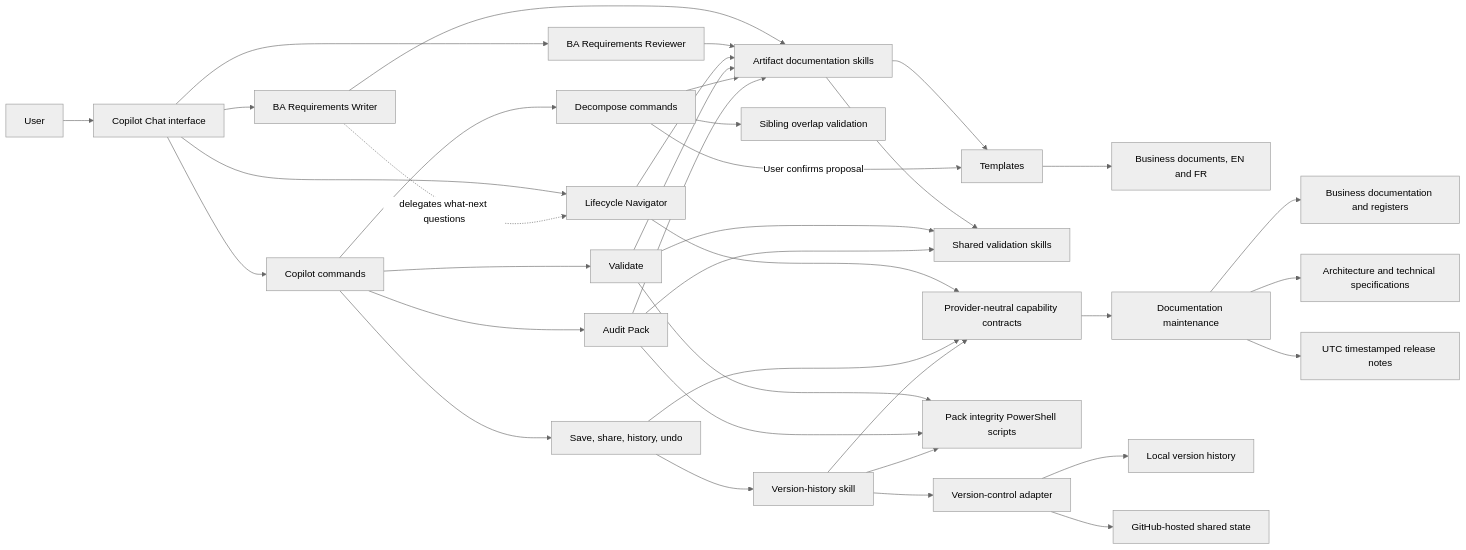
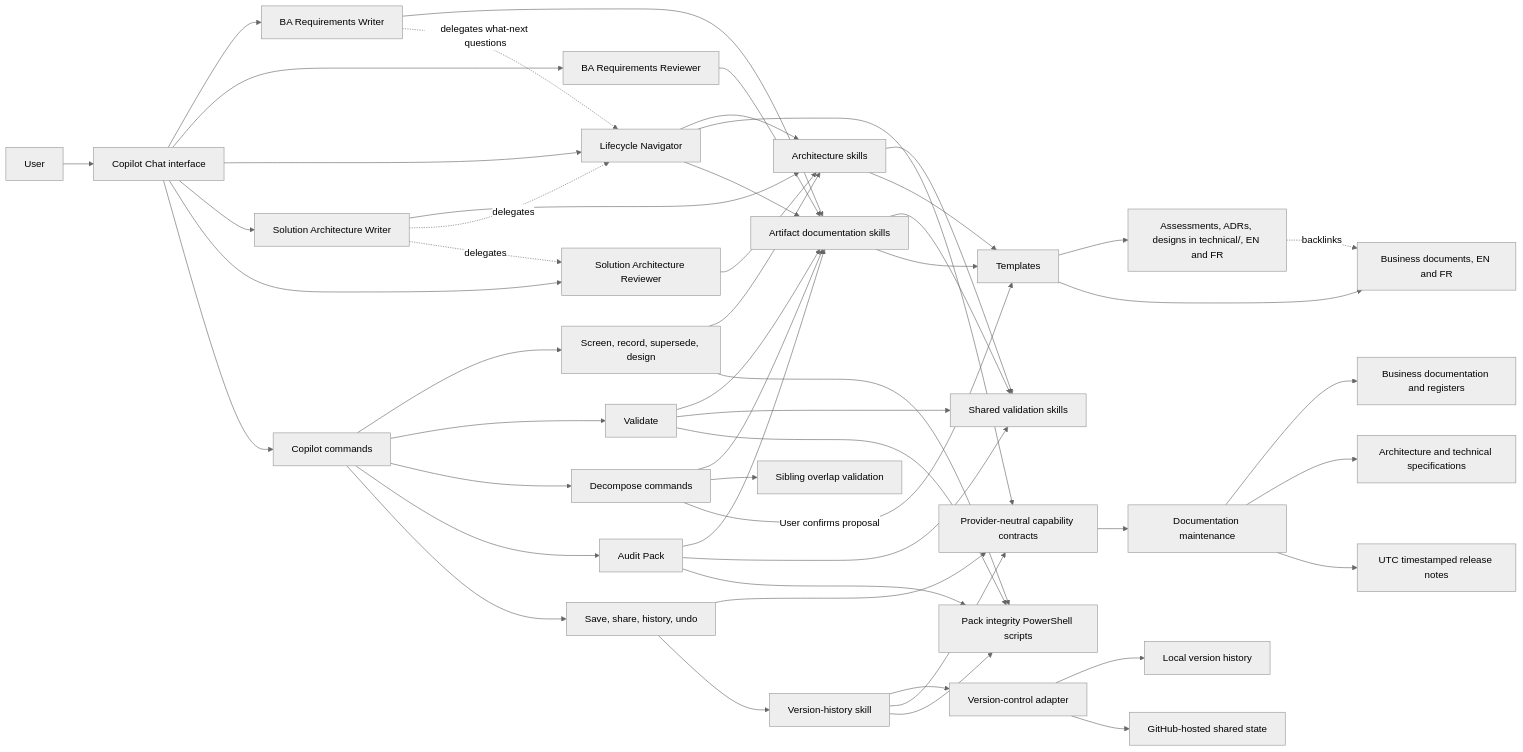
One commit to mbittner/project-kit changed the diagram in docs/technical/solution-architecture.md. Above: the diagram before and after it, drawn with Mermaid (neutral theme). The commit also changed other lines of this file and 57 other files, not shown here.

First line of the commit message:
Add Solution Architect toolkit

````diff
--- a/docs/technical/solution-architecture.md
+++ b/docs/technical/solution-architecture.md
@@ -7,43 +7,58 @@
 ```mermaid
 flowchart LR
     User[User] --> CopilotInterface[Copilot Chat interface]
     CopilotInterface --> Writer[BA Requirements Writer]
     CopilotInterface --> Reviewer[BA Requirements Reviewer]
     CopilotInterface --> Navigator[Lifecycle Navigator]
+    CopilotInterface --> ArchWriter[Solution Architecture Writer]
+    CopilotInterface --> ArchReviewer[Solution Architecture Reviewer]
     CopilotInterface --> Commands[Copilot commands]
+
+    ArchWriter --> ArchSkills[Architecture skills]
+    ArchWriter -. delegates .-> Navigator
+    ArchWriter -. delegates .-> ArchReviewer
+    ArchReviewer --> ArchSkills
+    Navigator --> ArchSkills
+    ArchSkills --> SharedSkills
+    ArchSkills --> Templates
+    Templates --> TechArtifacts[Assessments, ADRs, designs in technical/, EN and FR]
+    TechArtifacts -. backlinks .-> Artifacts
+    Commands --> ArchCommands[Screen, record, supersede, design]
+    ArchCommands --> ArchSkills
+    ArchCommands --> Scripts
 
     Writer --> ArtifactSkills[Artifact documentation skills]
     Writer -. delegates what-next questions .-> Navigator
     Reviewer --> ArtifactSkills
     Navigator --> CapabilityContracts
     Navigator --> ArtifactSkills
     ArtifactSkills --> SharedSkills[Shared validation skills]
     ArtifactSkills --> Templates[Templates]
     Templates --> Artifacts[Business documents, EN and FR]
 
     Commands --> Validate[Validate]
     Commands --> Decompose[Decompose commands]
     Commands --> Audit[Audit Pack]
     Commands --> VersionCommands[Save, share, history, undo]
     VersionCommands --> CapabilityContracts[Provider-neutral capability contracts]
     CapabilityContracts --> DocumentationMaintenance[Documentation maintenance]
     DocumentationMaintenance --> BusinessDocs[Business documentation and registers]
     DocumentationMaintenance --> TechnicalDocs[Architecture and technical specifications]
     DocumentationMaintenance --> ReleaseNotes[UTC timestamped release notes]
 
     Validate --> ArtifactSkills
     Validate --> SharedSkills
     Validate --> Scripts[Pack integrity PowerShell scripts]
     Decompose --> ArtifactSkills
     Decompose --> Overlap[Sibling overlap validation]
     Decompose -->|User confirms proposal| Templates
     Audit --> ArtifactSkills
     Audit --> SharedSkills
     Audit --> Scripts
     VersionCommands --> VersionHistory[Version-history skill]
     VersionHistory --> StateAdapter[Version-control adapter]
     VersionHistory --> CapabilityContracts
     VersionHistory --> Scripts
     StateAdapter --> LocalHistory[Local version history]
     StateAdapter --> SharedState[GitHub-hosted shared state]
 ```
````
